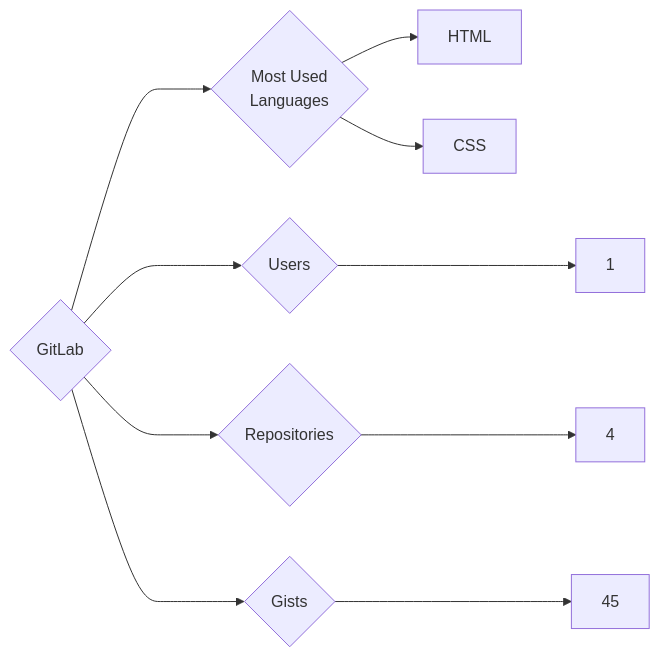
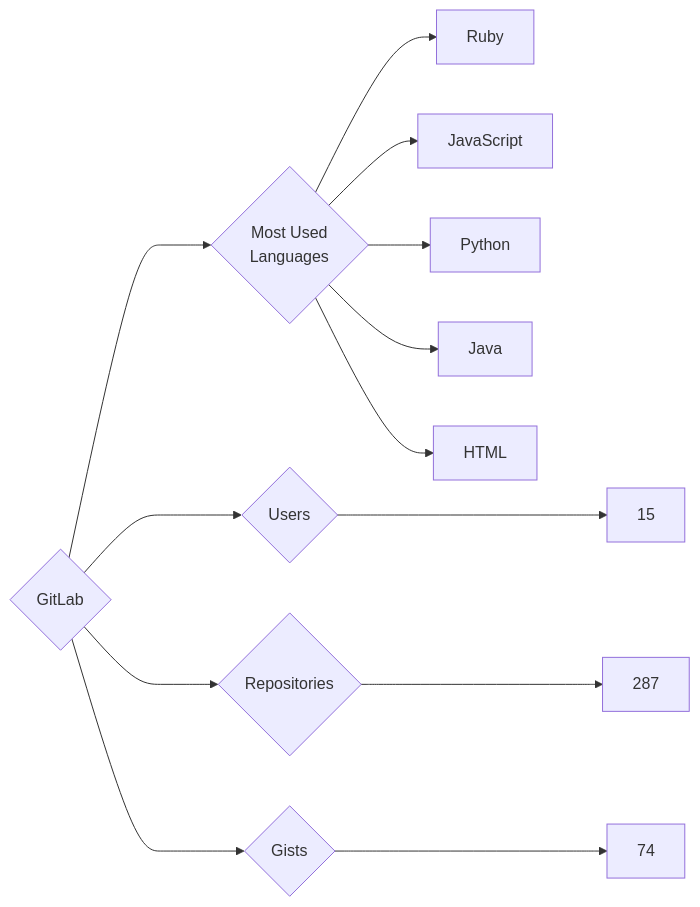
The diagram in targets/GitLab/README.md (trickest/insiders), drawn with Mermaid before and after one commit. The commit also changed 826 other files, not shown here.

````diff
--- a/targets/GitLab/README.md
+++ b/targets/GitLab/README.md
@@ -3,10 +3,13 @@
 ```mermaid
 graph LR
 COMPANY_NAME{GitLab}
-COMPANY_NAME ---> U{Users} ---> UN[1]
-COMPANY_NAME ---> R{Repositories} ---> RN[4]
-COMPANY_NAME ---> G{Gists} ---> GN[45]
+COMPANY_NAME ---> U{Users} ---> UN[15]
+COMPANY_NAME ---> R{Repositories} ---> RN[287]
+COMPANY_NAME ---> G{Gists} ---> GN[74]
 COMPANY_NAME ---> ML{Most Used<br>Languages}
+ML --> Ruby[Ruby]
+ML --> JavaScript[JavaScript]
+ML --> Python[Python]
+ML --> Java[Java]
 ML --> HTML[HTML]
-ML --> CSS[CSS]
 ```
````
